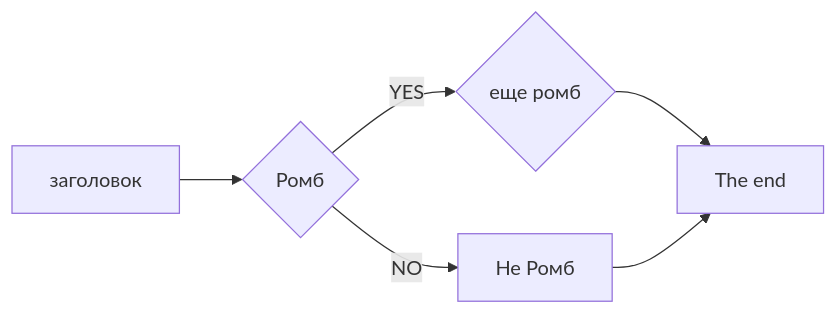
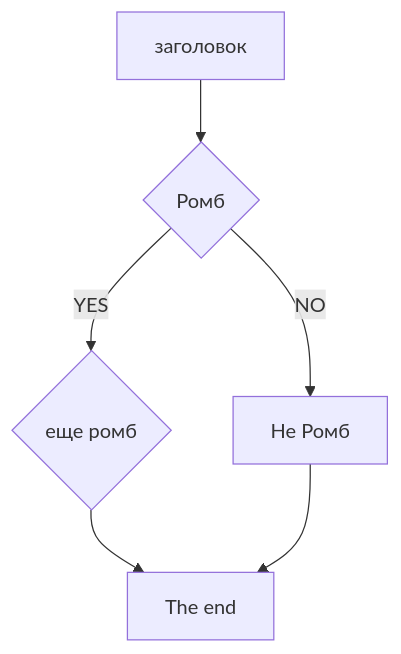
One commit to Romkalis/react-ts-todolist changed the diagram in readme.md. Above: the diagram before and after it, drawn with Mermaid.

Commit message:
rotate diagram in readme

````diff
--- a/readme.md
+++ b/readme.md
@@ -6,8 +6,8 @@
 ```mermaid
-graph LR;
+graph TD;
  A[заголовок]-->B{Ромб}
  B--YES-->C{еще ромб}
  B--NO-->D[Не Ромб]
  C-->E[The end]
  D-->E[The end]
 ```
````
